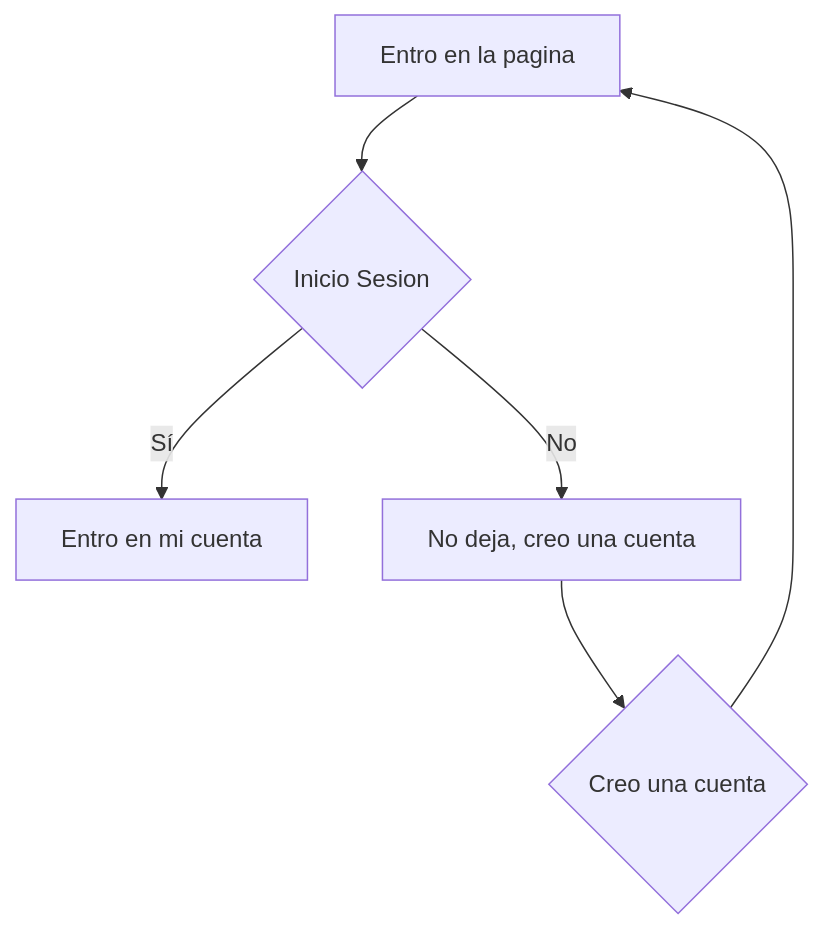
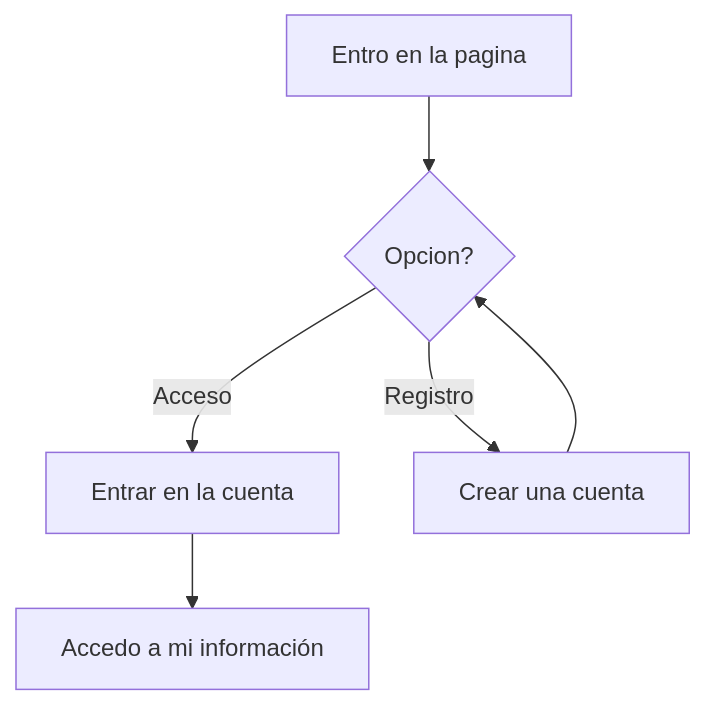
The second of 2 diagrams in README.md (MyNameIsAlecs/Kahoot-UML), drawn with Mermaid before and after one commit. The commit also changed other lines of this file, not shown here.

Commit message:
UML || Alex Lopez

````diff
--- a/README.md
+++ b/README.md
@@ -59,9 +59,10 @@
 ```mermaid
 flowchart
-    A[Entro en la pagina] --> B{Inicio Sesion}
-    B -->|Sí| C[Entro en mi cuenta]
-    B -->|No| D[No deja, creo una cuenta]
-    D --> E{Creo una cuenta}
-    E --> A
+    A[Entro en la pagina] --> B{Opcion?}
+    B -->|Acceso| C[Entrar en la cuenta]
+    B -->|Registro| D[Crear una cuenta]
+    D --> B
+    C --> E[Accedo a mi información]
+    
    
 ```
````
